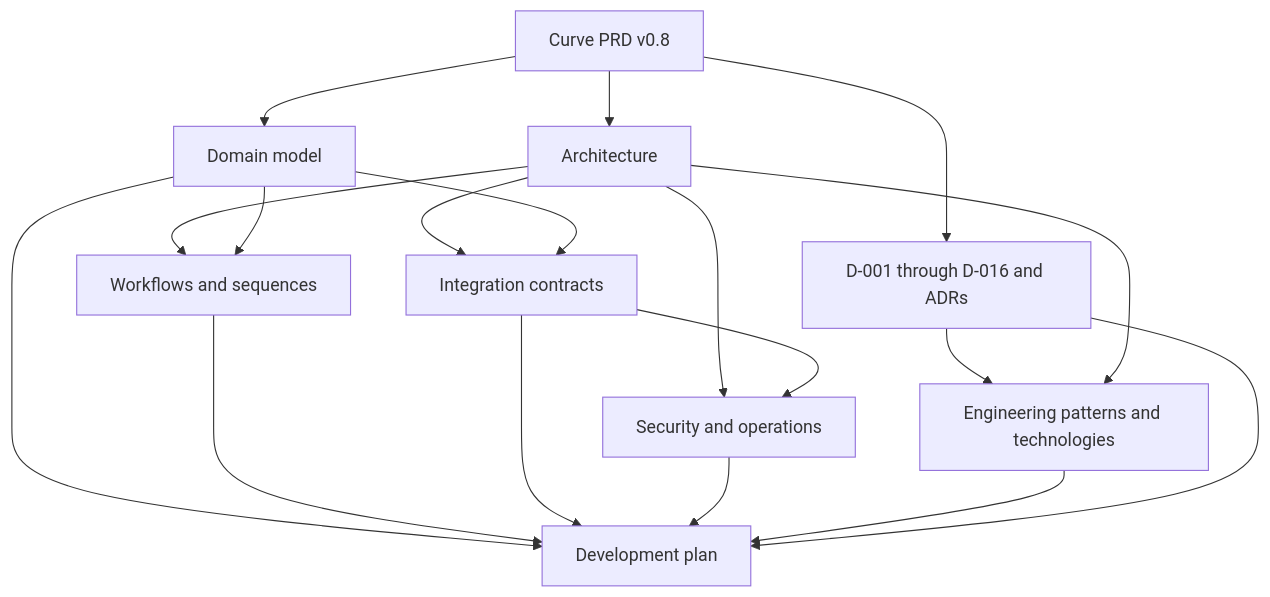
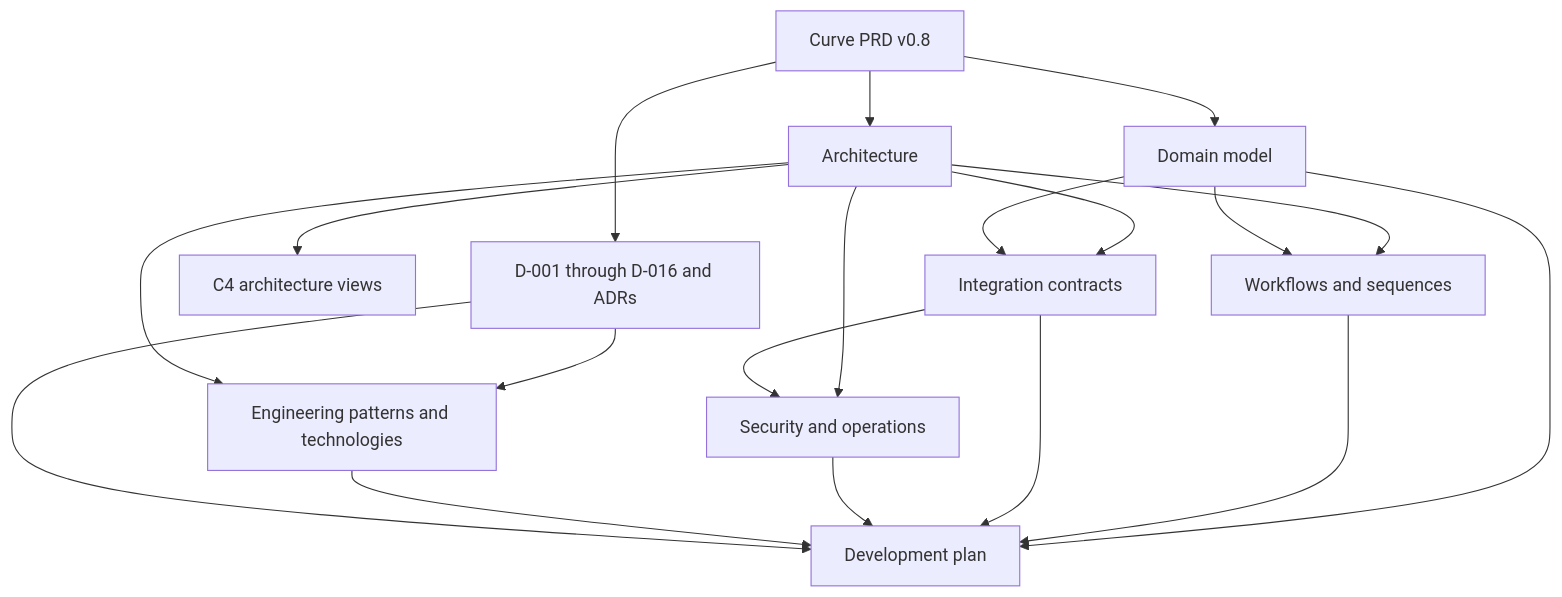
One commit to faocampo/curve changed the diagram in docs/technical/README.md. Above: the diagram before and after it, drawn with Mermaid. The commit also changed other lines of this file and 14 other files, not shown here.

````diff
--- a/docs/technical/README.md
+++ b/docs/technical/README.md
@@ -56,20 +59,21 @@
 ```mermaid
 flowchart TD
     prd["Curve PRD v0.8"] --> decisions["D-001 through D-016 and ADRs"]
     prd --> architecture[Architecture]
+    architecture --> c4["C4 architecture views"]
     prd --> domain[Domain model]
     architecture --> workflows[Workflows and sequences]
     domain --> workflows
     architecture --> integrations[Integration contracts]
     domain --> integrations
     architecture --> security[Security and operations]
     integrations --> security
     decisions --> technology["Engineering patterns and technologies"]
     architecture --> technology
     domain --> plan[Development plan]
     workflows --> plan
     integrations --> plan
     security --> plan
     technology --> plan
     decisions --> plan
 ```
````
